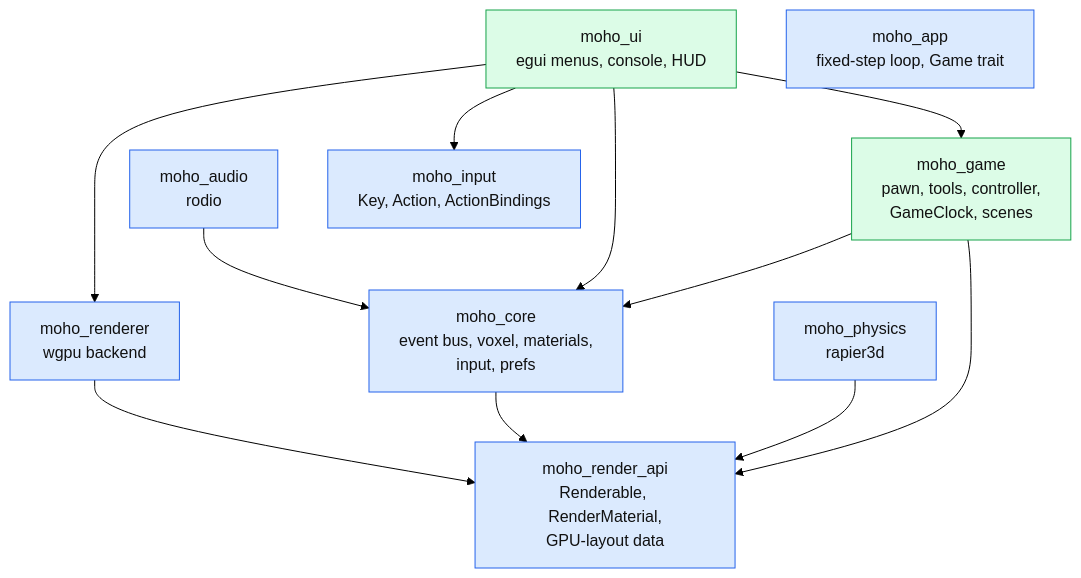
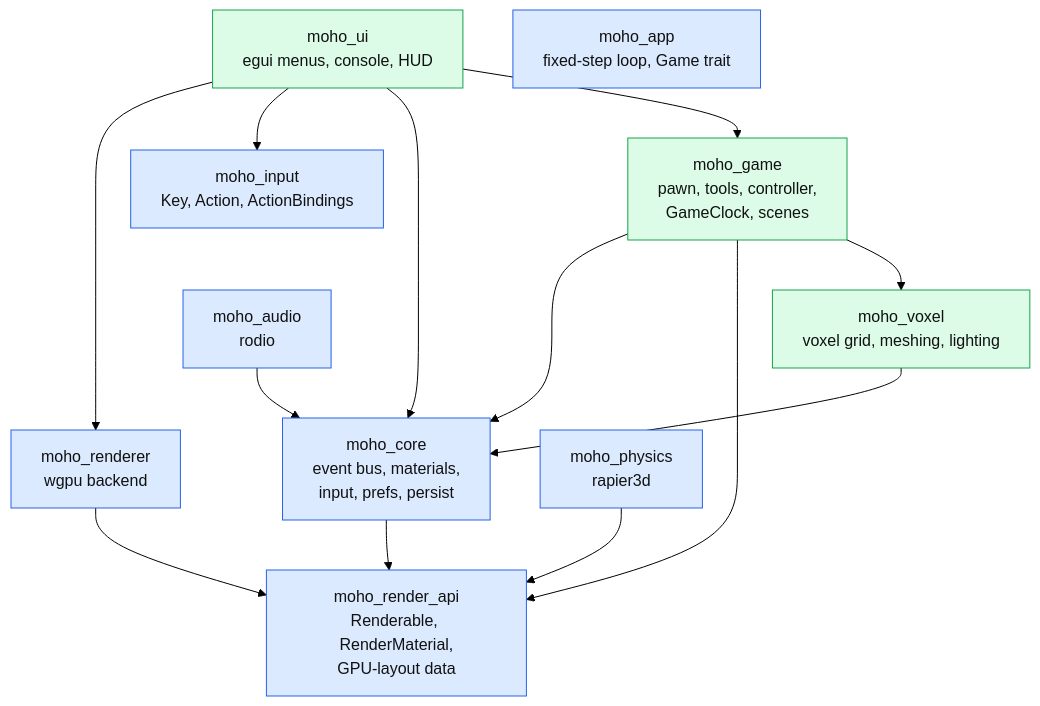
The first of 3 diagrams in wiki/architecture/overview.md (WrackedFella/moho), drawn with Mermaid (forest theme) before and after one commit. The commit also changed other lines of this file and 48 other files, not shown here.

First line of the commit message:
refactor(voxel): ENG-F10-03, voxel terrain builds as the moho_voxel crate (#235)

````diff
--- a/wiki/architecture/overview.md
+++ b/wiki/architecture/overview.md
@@ -17,23 +17,25 @@
 ```mermaid
 flowchart TD
     ui["moho_ui<br/>egui menus, console, HUD"]:::strategy
     game["moho_game<br/>pawn, tools, controller,<br/>GameClock, scenes"]:::strategy
+    voxel["moho_voxel<br/>voxel grid, meshing, lighting"]:::strategy
 
     renderer["moho_renderer<br/>wgpu backend"]:::engine
     rapi["moho_render_api<br/>Renderable, RenderMaterial,<br/>GPU-layout data"]:::engine
-    core["moho_core<br/>event bus, voxel, materials,<br/>input, prefs"]:::engine
+    core["moho_core<br/>event bus, materials,<br/>input, prefs, persist"]:::engine
     audio["moho_audio<br/>rodio"]:::engine
     physics["moho_physics<br/>rapier3d"]:::engine
     input["moho_input<br/>Key, Action, ActionBindings"]:::engine
     app["moho_app<br/>fixed-step loop, Game trait"]:::engine
 
     ui --> renderer & input & core & game
-    game --> core & rapi
+    game --> core & rapi & voxel
+    voxel --> core
     renderer --> rapi
     audio --> core
     physics --> rapi
     core --> rapi
 
     classDef engine fill:#dbeafe,stroke:#2563eb,color:#111
     classDef strategy fill:#dcfce7,stroke:#16a34a,color:#111
 ```
````
